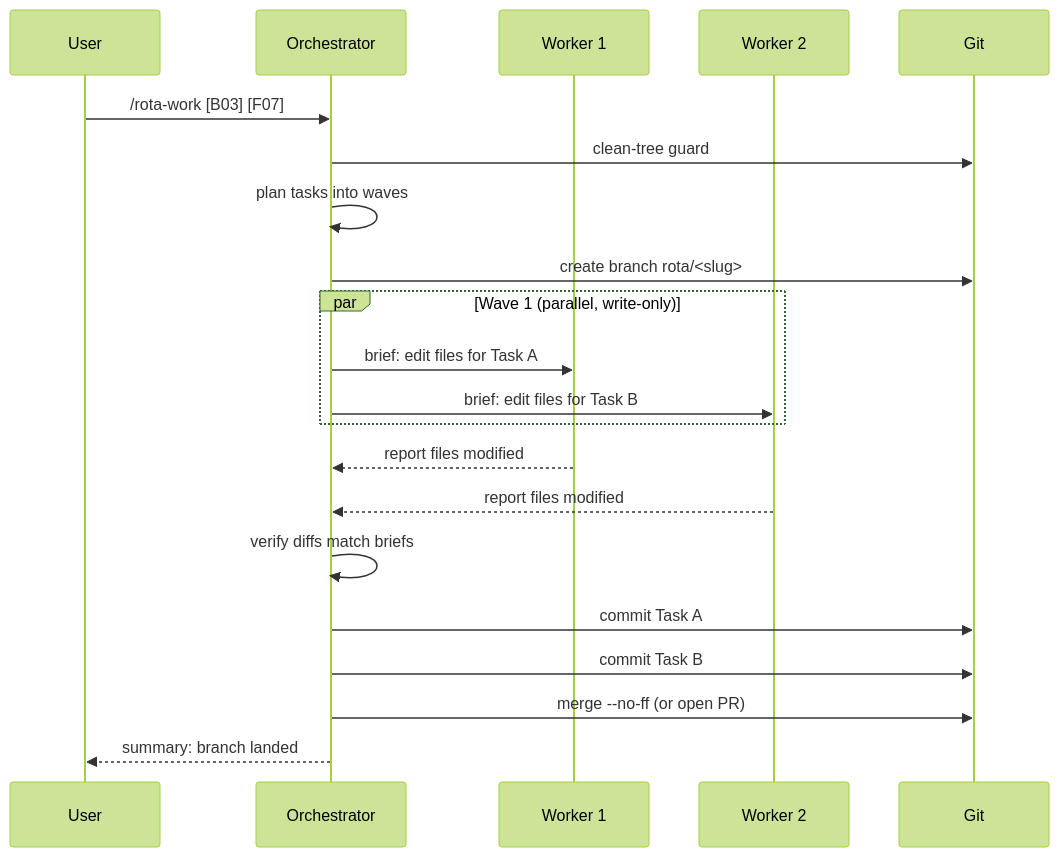
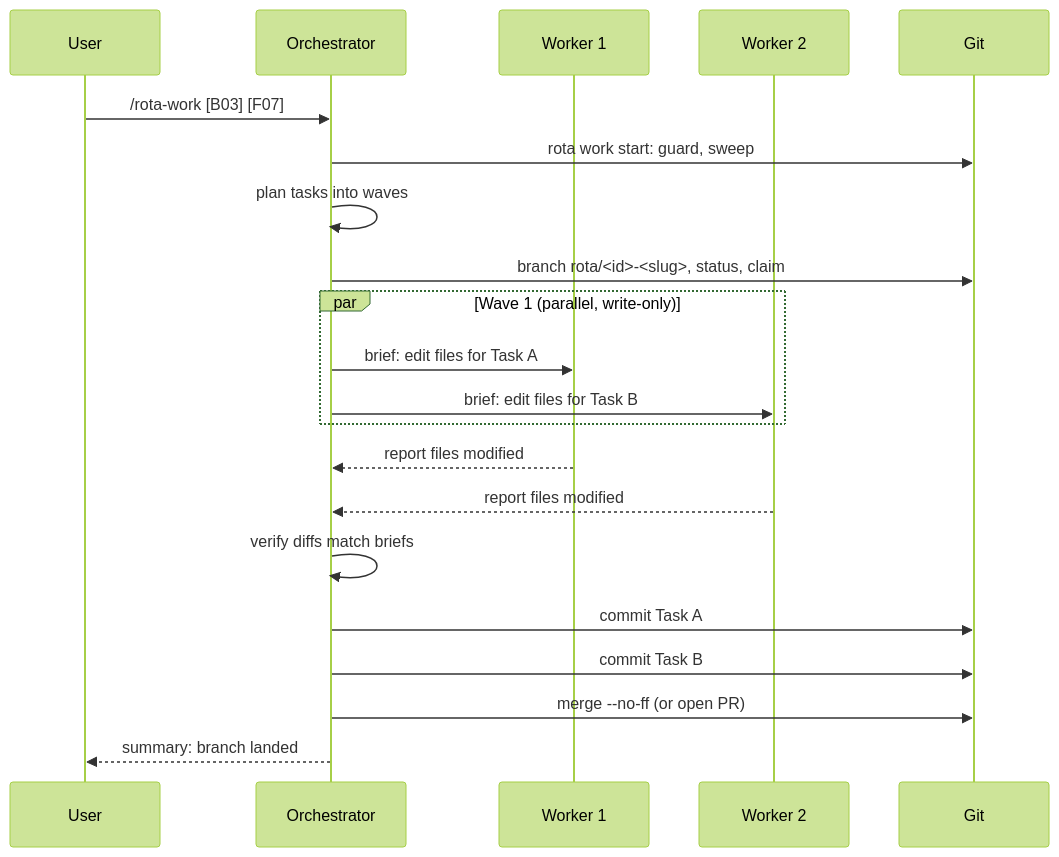
The diagram in docs/usage/running-work.md (l4ci/rota), drawn with Mermaid (forest theme) before and after one commit. The commit also changed other lines of this file and 14 other files, not shown here.

First line of the commit message:
Call the cycle verbs from /rota-work and /rota-ship

````diff
--- a/docs/usage/running-work.md
+++ b/docs/usage/running-work.md
@@ -20,24 +22,24 @@
 ```mermaid
 sequenceDiagram
     participant U as User
     participant O as Orchestrator
     participant W1 as Worker 1
     participant W2 as Worker 2
     participant G as Git
 
     U->>O: /rota-work [B03] [F07]
-    O->>G: clean-tree guard
+    O->>G: rota work start: guard, sweep
     O->>O: plan tasks into waves
-    O->>G: create branch rota/<slug>
+    O->>G: branch rota/<id>-<slug>, status, claim
     par Wave 1 (parallel, write-only)
         O->>W1: brief: edit files for Task A
         O->>W2: brief: edit files for Task B
     end
     W1-->>O: report files modified
     W2-->>O: report files modified
     O->>O: verify diffs match briefs
     O->>G: commit Task A
     O->>G: commit Task B
     O->>G: merge --no-ff (or open PR)
     O-->>U: summary: branch landed
 ```
````
